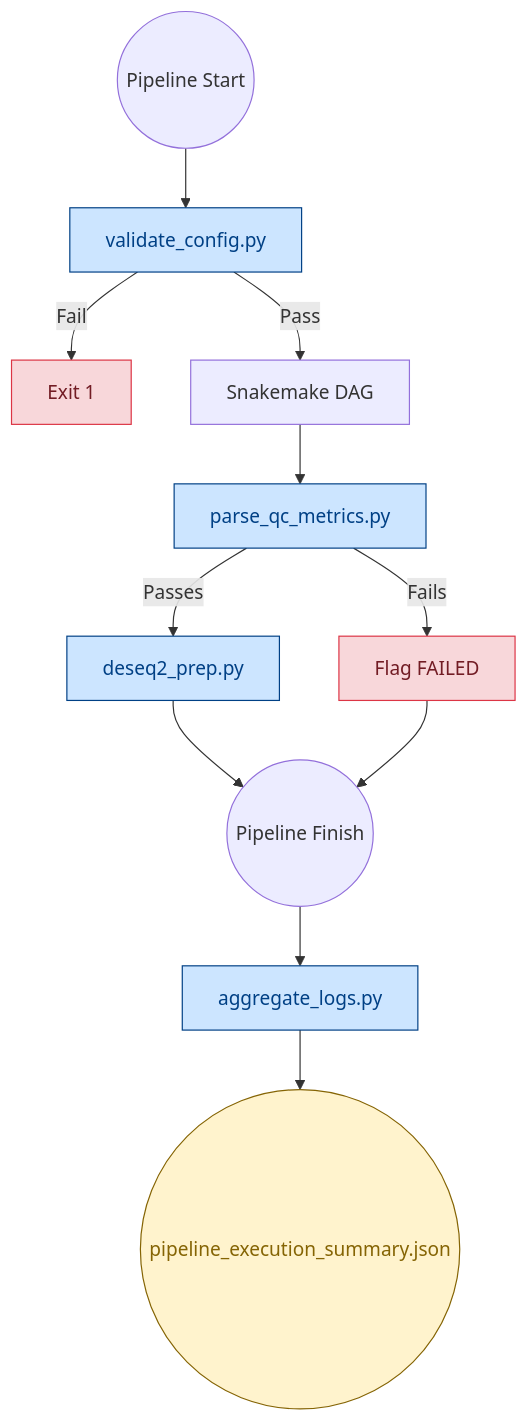
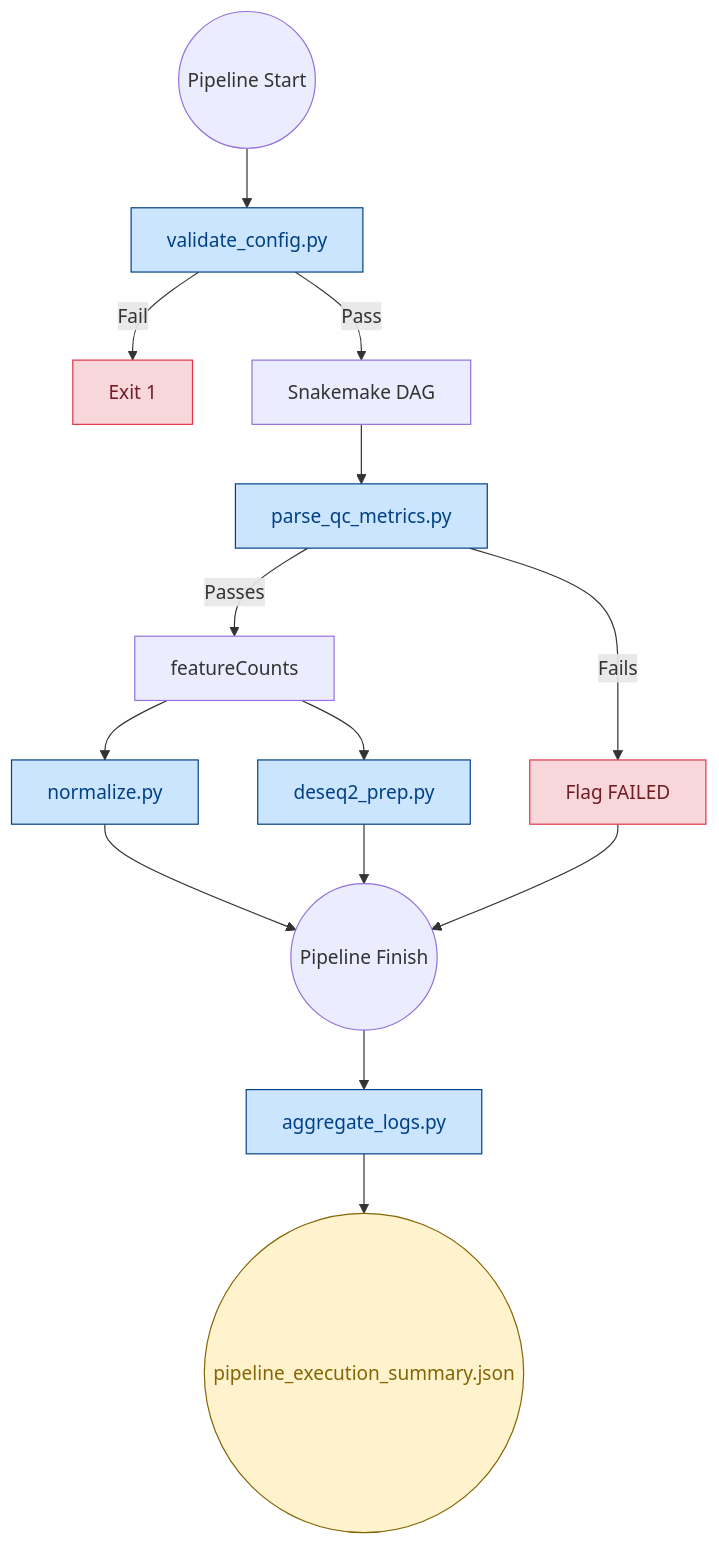
Before and after one commit to BDB-Genomics/bdb-rnaseq: the first of 8 diagrams in rules/scripts/README.md, drawn with Mermaid. The commit also changed other lines of this file and 7 other files, not shown here.

````diff
--- a/rules/scripts/README.md
+++ b/rules/scripts/README.md
@@ -9,23 +9,27 @@
 ```mermaid
 graph TD
     Start((Pipeline Start)) --> V[validate_config.py]
     V -- Fail --> Halt1[Exit 1]
     V -- Pass --> DAG[Snakemake DAG]
 
     DAG --> QC[parse_qc_metrics.py]
     QC -- Fails --> Halt2[Flag FAILED]
-    QC -- Passes --> DESeq2[deseq2_prep.py]
+    QC -- Passes --> FC[featureCounts]
 
-    DESeq2 --> End((Pipeline Finish))
+    FC --> N[normalize.py]
+    FC --> D[deseq2_prep.py]
+    
+    N --> End((Pipeline Finish))
+    D --> End
     Halt2 --> End
     End --> A[aggregate_logs.py]
     A --> JSON((pipeline_execution_summary.json))
 
     classDef script fill:#cce5ff,stroke:#004085,color:#004085;
     classDef halt fill:#f8d7da,stroke:#dc3545,color:#721c24;
     classDef artifact fill:#fff3cd,stroke:#856404,color:#856404;
 
-    class V,QC,DESeq2,A script;
+    class V,QC,N,D,A script;
     class Halt1,Halt2 halt;
     class JSON artifact;
 ```
````
